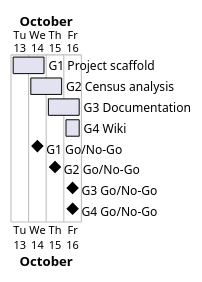
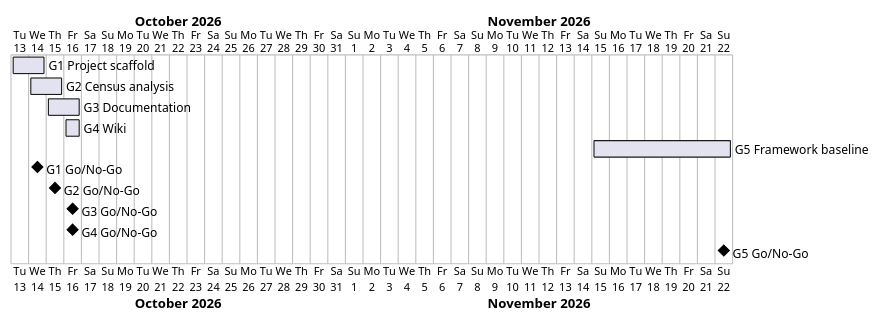
One commit to Tirsvad-Udemy-100-days-of-code/025-squirrel changed the diagram in docs/project-plan.md. Above: the diagram before and after it, drawn with PlantUML. The commit also changed other lines of this file and 42 other files, not shown here.

First line of the commit message:
Bring the project to the framework baseline (MIL-005)

````diff
--- a/docs/project-plan.md
+++ b/docs/project-plan.md
@@ -39,13 +43,15 @@
 ```plantuml
 @startgantt
 Project starts 2026-10-13
 [G1 Project scaffold] starts 2026-10-13 and ends 2026-10-14
 [G2 Census analysis] starts 2026-10-14 and ends 2026-10-15
 [G3 Documentation] starts 2026-10-15 and ends 2026-10-16
 [G4 Wiki] starts 2026-10-16 and ends 2026-10-16
+[G5 Framework baseline] starts 2026-11-15 and ends 2026-11-22
 [G1 Go/No-Go] happens 2026-10-14
 [G2 Go/No-Go] happens 2026-10-15
 [G3 Go/No-Go] happens 2026-10-16
 [G4 Go/No-Go] happens 2026-10-16
+[G5 Go/No-Go] happens 2026-11-22
 @endgantt
 ```
````
